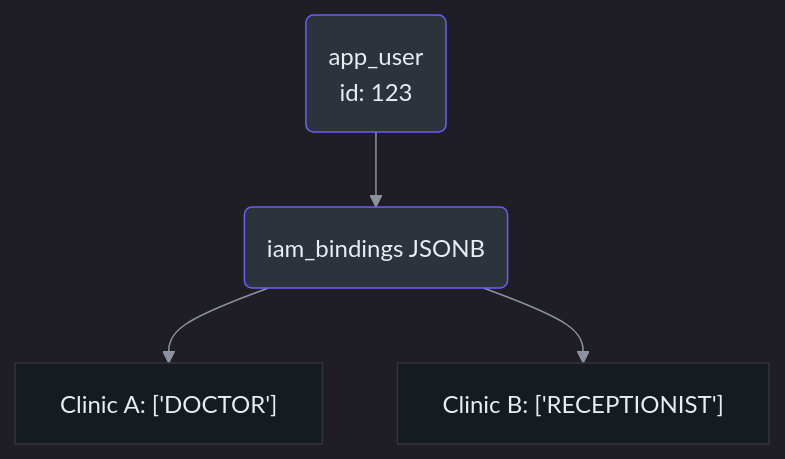
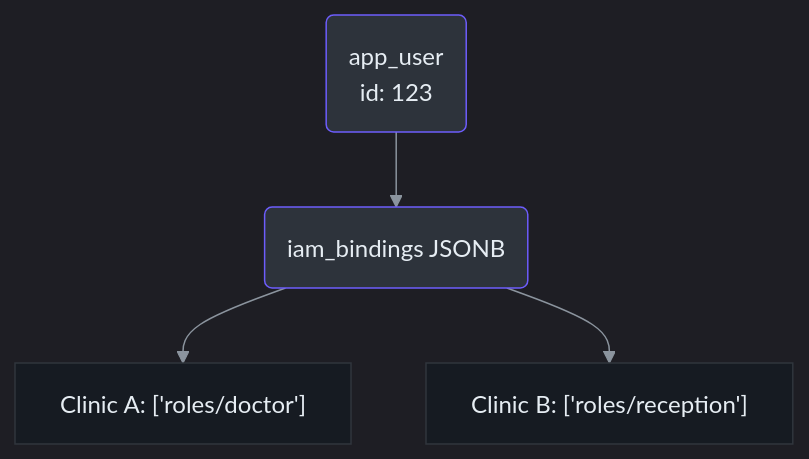
The first of 2 diagrams in wiki-site/docs/core-architecture/multi-tenant-security.md (bbanho/intraclinica-supabase), drawn with Mermaid before and after one commit. The commit also changed other lines of this file and 13 other files, not shown here.

First line of the commit message:
docs(wiki): sync all docs to post-IAM architecture state

````diff
--- a/wiki-site/docs/core-architecture/multi-tenant-security.md
+++ b/wiki-site/docs/core-architecture/multi-tenant-security.md
@@ -21,12 +21,12 @@
 ```mermaid
 %%{init: {'theme': 'dark', 'themeVariables': { 'primaryColor': '#2d333b', 'primaryBorderColor': '#6d5dfc', 'primaryTextColor': '#e6edf3', 'lineColor': '#8b949e', 'background': '#161b22' }}}%%
 graph TD
     User(app_user<br>id: 123) --> IAM(iam_bindings JSONB)
-    IAM --> C1["Clinic A: ['DOCTOR']"]
-    IAM --> C2["Clinic B: ['RECEPTIONIST']"]
+    IAM --> C1["Clinic A: ['roles/doctor']"]
+    IAM --> C2["Clinic B: ['roles/reception']"]
     
     style User fill:#2d333b,stroke:#6d5dfc,color:#e6edf3
     style IAM fill:#2d333b,stroke:#6d5dfc,color:#e6edf3
     style C1 fill:#161b22,stroke:#30363d,color:#e6edf3
     style C2 fill:#161b22,stroke:#30363d,color:#e6edf3
 ```
````
